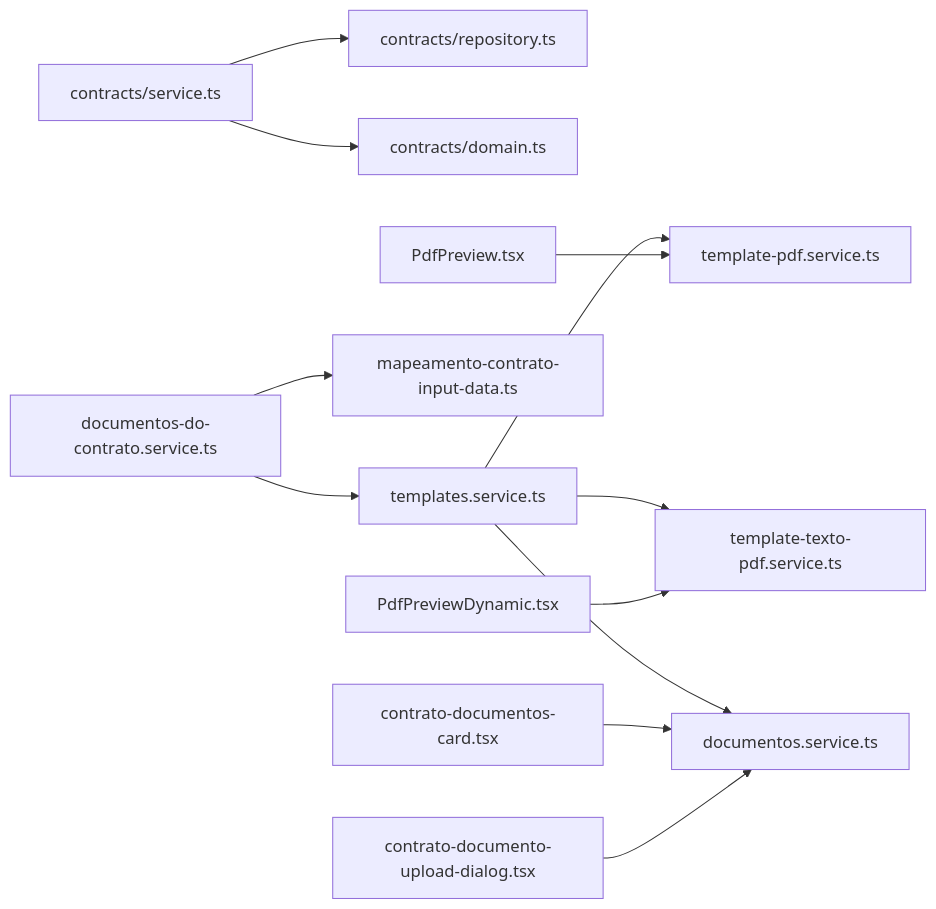
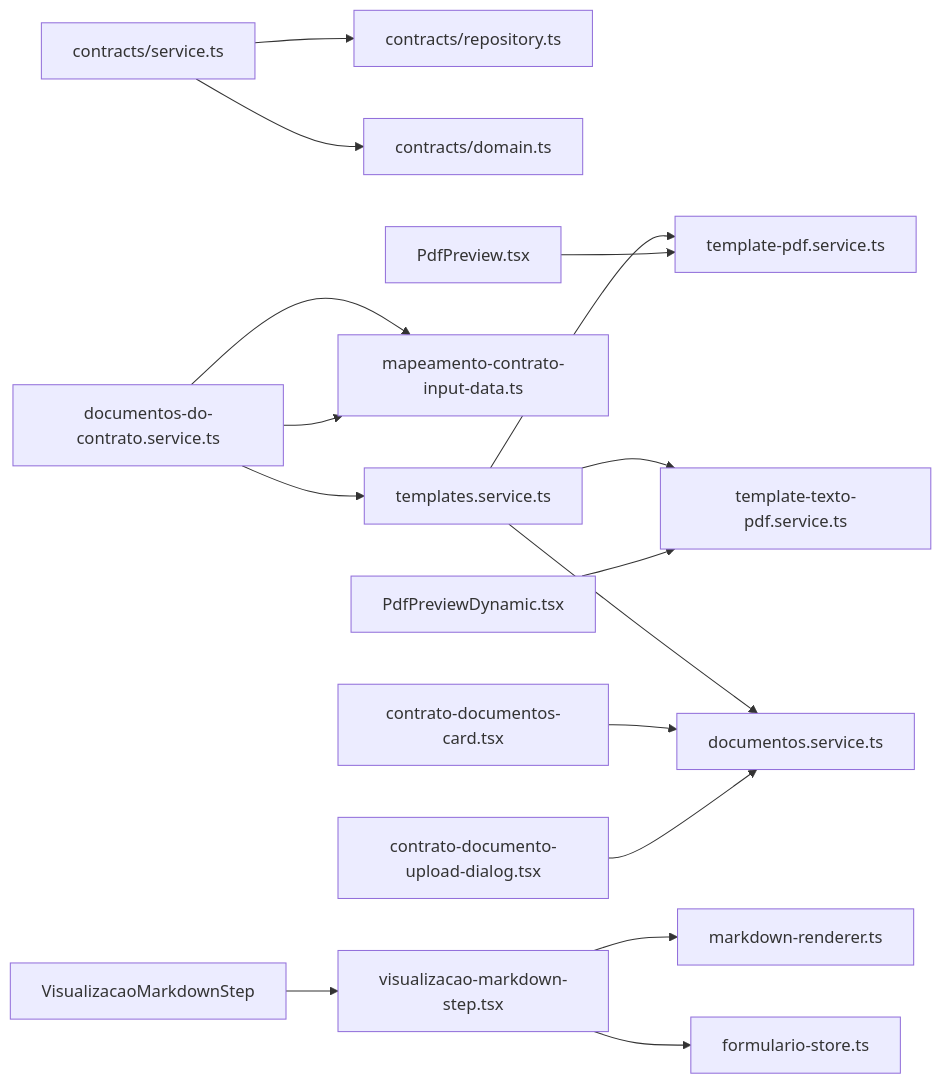
Before and after one commit to SinesysTech/zattar-os: the ninth of 9 diagrams in .qoder/repowiki/en/content/Contract Management System/Contract Templates and Document Generation.md, drawn with Mermaid. The commit also changed other lines of this file and 103 other files, not shown here.

````diff
--- a/.qoder/repowiki/en/content/Contract Management System/Contract Templates and Document Generation.md
+++ b/.qoder/repowiki/en/content/Contract Management System/Contract Templates and Document Generation.md
@@ -415,14 +511,18 @@
 ```mermaid
 graph LR
 CService["contracts/service.ts"] --> CRepo["contracts/repository.ts"]
 CService --> CDomain["contracts/domain.ts"]
 STemplates["templates.service.ts"] --> SPDFGen["template-pdf.service.ts"]
 STemplates --> SPDFText["template-texto-pdf.service.ts"]
 STemplates --> SDocs["documentos.service.ts"]
 SContratoDocs["documentos-do-contrato.service.ts"] --> STemplates
 SContratoDocs --> SMap["mapeamento-contrato-input-data.ts"]
+SMarkdown["visualizacao-markdown-step.tsx"] --> SRenderer["markdown-renderer.ts"]
+SMarkdown --> SStore["formulario-store.ts"]
+SContratoDocs --> SMap
 UICard["contrato-documentos-card.tsx"] --> SDocs
 UIUpload["contrato-documento-upload-dialog.tsx"] --> SDocs
 UIPreview["PdfPreview.tsx"] --> SPDFGen
 UIDynamic["PdfPreviewDynamic.tsx"] --> SPDFText
+UIWizard["VisualizacaoMarkdownStep"] --> SMarkdown
 ```
````
